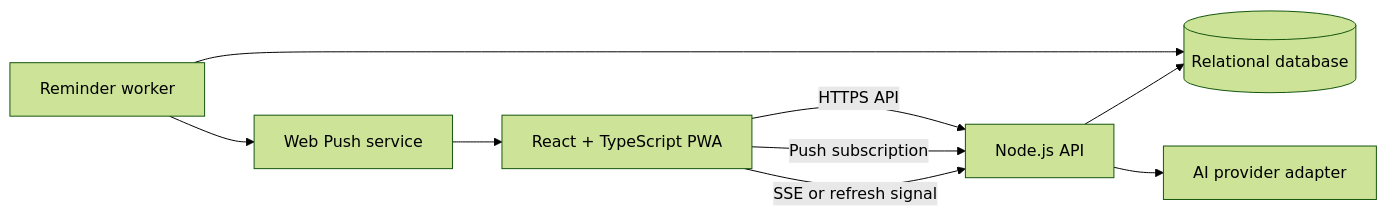
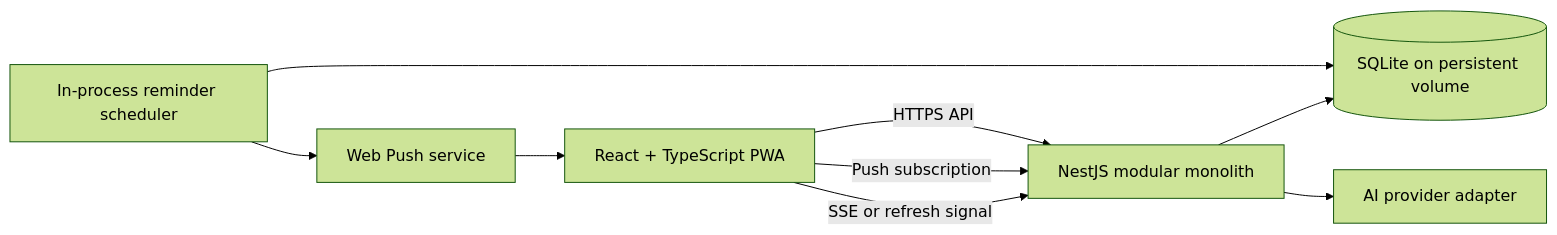
The diagram in docs/architecture/overview.md (rafael-bertoldo/maxlendar), drawn with Mermaid (forest theme) before and after one commit. The commit also changed other lines of this file and 5 other files, not shown here.

Commit message:
docs: record approved product scope and architecture

````diff
--- a/docs/architecture/overview.md
+++ b/docs/architecture/overview.md
@@ -22,11 +32,11 @@
 ```mermaid
 flowchart LR
-  PWA[React + TypeScript PWA] -->|HTTPS API| API[Node.js API]
+  PWA[React + TypeScript PWA] -->|HTTPS API| API[NestJS modular monolith]
   PWA -->|Push subscription| API
   PWA -->|SSE or refresh signal| API
-  API --> DB[(Relational database)]
-  Worker[Reminder worker] --> DB
-  Worker --> Push[Web Push service]
+  API --> DB[(SQLite on persistent volume)]
+  Scheduler[In-process reminder scheduler] --> DB
+  Scheduler --> Push[Web Push service]
   API --> AI[AI provider adapter]
   Push --> PWA
 ```
````
